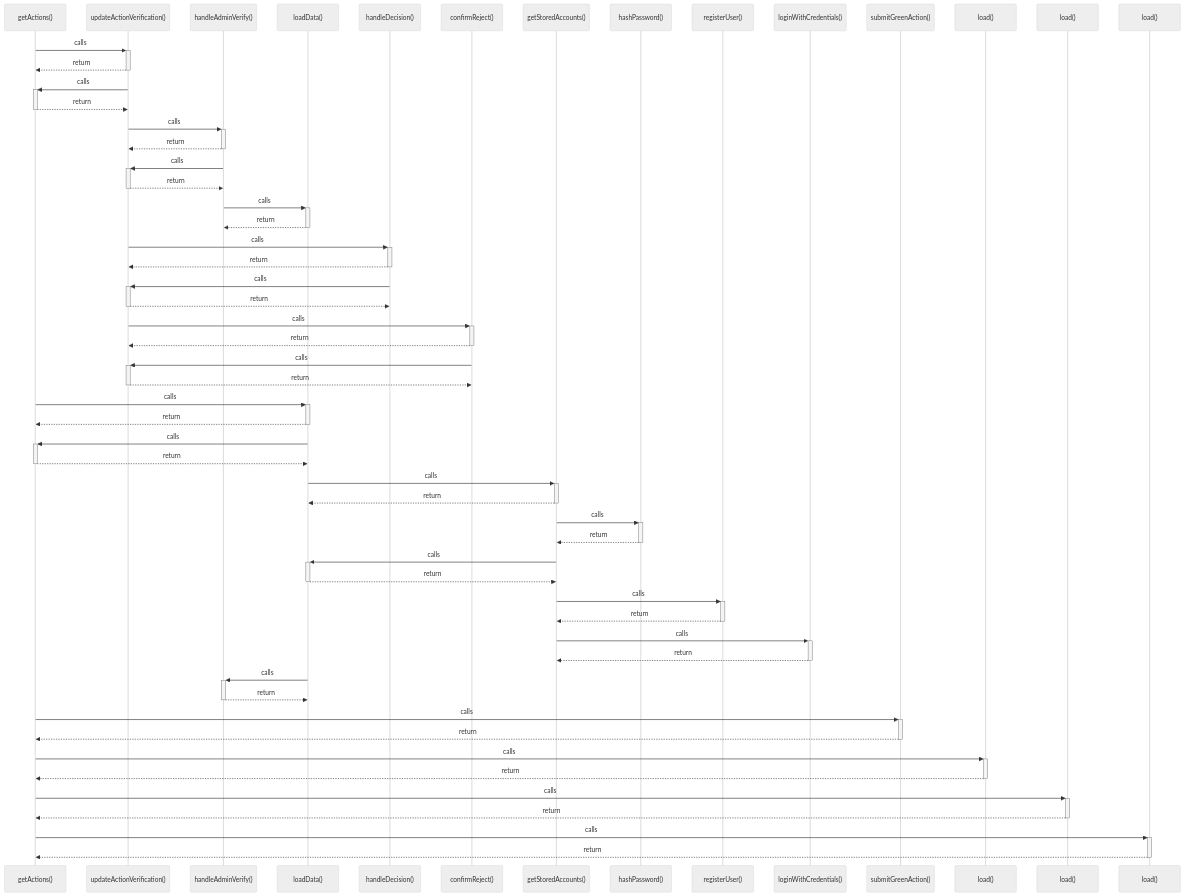
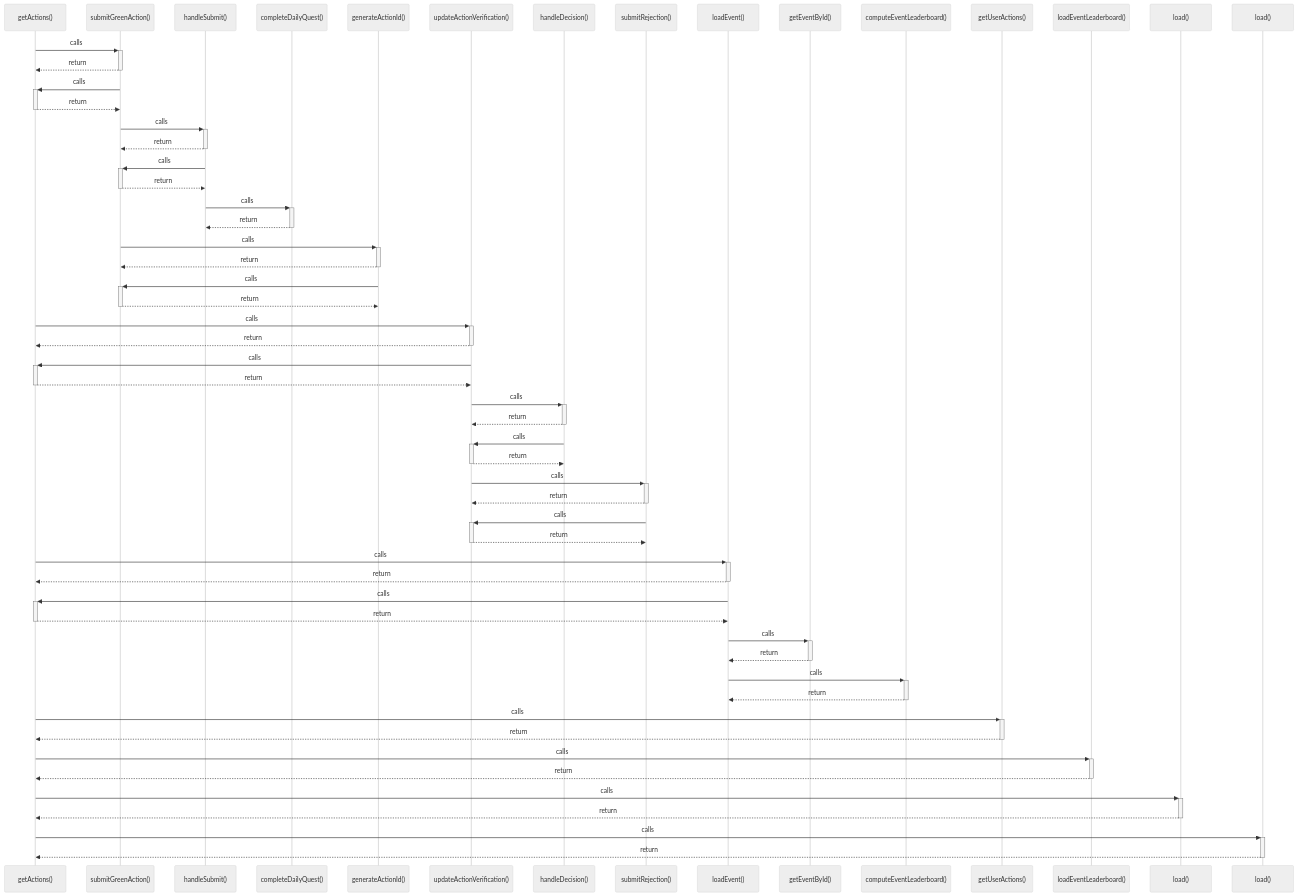
One commit to FY72X9/i-can-app changed the diagram in graphify-out/wiki/getActions().md. Above: the diagram before and after it, drawn with Mermaid (neutral theme). The commit also changed other lines of this file and 54 other files, not shown here.

Commit message:
docs: generate graphify knowledge graph and wiki documentation

````diff
--- a/graphify-out/wiki/getActions().md
+++ b/graphify-out/wiki/getActions().md
@@ -7,59 +7,60 @@
 ```mermaid
 sequenceDiagram
     participant P0 as getActions()
-    participant P1 as updateActionVerification()
-    participant P2 as handleAdminVerify()
-    participant P3 as loadData()
-    participant P4 as handleDecision()
-    participant P5 as confirmReject()
-    participant P6 as getStoredAccounts()
-    participant P7 as hashPassword()
-    participant P8 as registerUser()
-    participant P9 as loginWithCredentials()
-    participant P10 as submitGreenAction()
-    participant P11 as load()
-    participant P12 as load()
+    participant P1 as submitGreenAction()
+    participant P2 as handleSubmit()
+    participant P3 as completeDailyQuest()
+    participant P4 as generateActionId()
+    participant P5 as updateActionVerification()
+    participant P6 as handleDecision()
+    participant P7 as submitRejection()
+    participant P8 as loadEvent()
+    participant P9 as getEventById()
+    participant P10 as computeEventLeaderboard()
+    participant P11 as getUserActions()
+    participant P12 as loadEventLeaderboard()
     participant P13 as load()
+    participant P14 as load()
     P0->>+ P1: calls
     P1-->>- P0: return
     P1->>+ P0: calls
     P0-->>- P1: return
     P1->>+ P2: calls
     P2-->>- P1: return
     P2->>+ P1: calls
     P1-->>- P2: return
     P2->>+ P3: calls
     P3-->>- P2: return
     P1->>+ P4: calls
     P4-->>- P1: return
     P4->>+ P1: calls
     P1-->>- P4: return
-    P1->>+ P5: calls
-    P5-->>- P1: return
-    P5->>+ P1: calls
-    P1-->>- P5: return
-    P0->>+ P3: calls
-    P3-->>- P0: return
-    P3->>+ P0: calls
-    P0-->>- P3: return
-    P3->>+ P6: calls
-    P6-->>- P3: return
-    P6->>+ P7: calls
-    P7-->>- P6: return
-    P6->>+ P3: calls
-    P3-->>- P6: return
-    P6->>+ P8: calls
-    P8-->>- P6: return
-    P6->>+ P9: calls
-    P9-->>- P6: return
-    P3->>+ P2: calls
-    P2-->>- P3: return
-    P0->>+ P10: calls
-    P10-->>- P0: return
+    P0->>+ P5: calls
+    P5-->>- P0: return
+    P5->>+ P0: calls
+    P0-->>- P5: return
+    P5->>+ P6: calls
+    P6-->>- P5: return
+    P6->>+ P5: calls
+    P5-->>- P6: return
+    P5->>+ P7: calls
+    P7-->>- P5: return
+    P7->>+ P5: calls
+    P5-->>- P7: return
+    P0->>+ P8: calls
+    P8-->>- P0: return
+    P8->>+ P0: calls
+    P0-->>- P8: return
+    P8->>+ P9: calls
+    P9-->>- P8: return
+    P8->>+ P10: calls
+    P10-->>- P8: return
     P0->>+ P11: calls
     P11-->>- P0: return
     P0->>+ P12: calls
     P12-->>- P0: return
     P0->>+ P13: calls
     P13-->>- P0: return
+    P0->>+ P14: calls
+    P14-->>- P0: return
 ```
````
